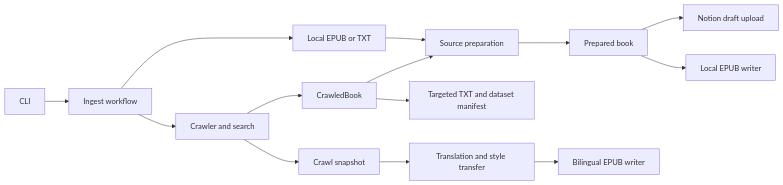
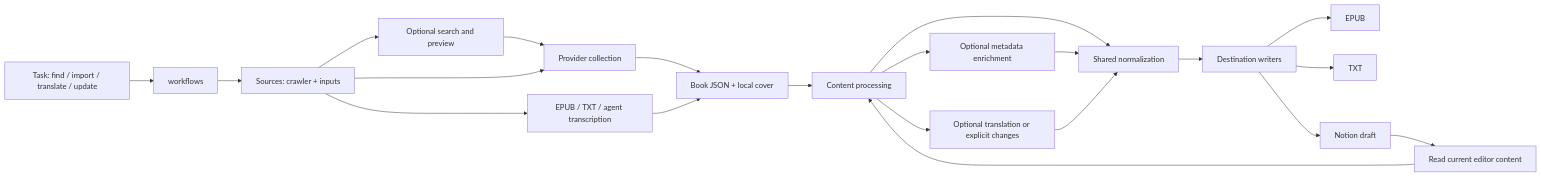
One commit to Astatine-213-Tian/bookflow changed the diagram in docs/architecture.md. Above: the diagram before and after it, drawn with Mermaid. The commit also changed other lines of this file and 106 other files, not shown here.

First line of the commit message:
refactor(books): unify content pipeline and source acquisition

````diff
--- a/docs/architecture.md
+++ b/docs/architecture.md
@@ -7,16 +8,23 @@
 ```mermaid
 flowchart LR
-    CLI[CLI] --> Workflow[Ingest workflow]
-    Workflow --> Crawler[Crawler and search]
-    Workflow --> Edition[Local EPUB or TXT]
-    Edition --> Content
-    Crawler --> Raw[CrawledBook]
-    Raw --> Content[Source preparation]
-    Content --> Draft[Prepared book]
-    Draft --> Notion[Notion draft upload]
-    Draft --> EPUB[Local EPUB writer]
-    Raw --> Dataset[Targeted TXT and dataset manifest]
-    Crawler --> Snapshot[Crawl snapshot]
-    Snapshot --> Translation[Translation and style transfer]
-    Translation --> Bilingual[Bilingual EPUB writer]
+    Task[Task: find / import / translate / update] --> W[workflows]
+    W --> S[Sources: crawler + inputs]
+    S --> Search[Optional search and preview]
+    Search --> Collect[Provider collection]
+    S --> Collect
+    S --> Files[EPUB / TXT / agent transcription]
+    Collect --> JSON[Book JSON + local cover]
+    Files --> JSON
+    JSON --> P[Content processing]
+    P --> N[Shared normalization]
+    P --> T[Optional translation or explicit changes]
+    P --> M[Optional metadata enrichment]
+    M --> N
+    T --> N
+    N --> D[Destination writers]
+    D --> EPUB[EPUB]
+    D --> TXT[TXT]
+    D --> Notion[Notion draft]
+    Notion --> Current[Read current editor content]
+    Current --> P
 ```
````
